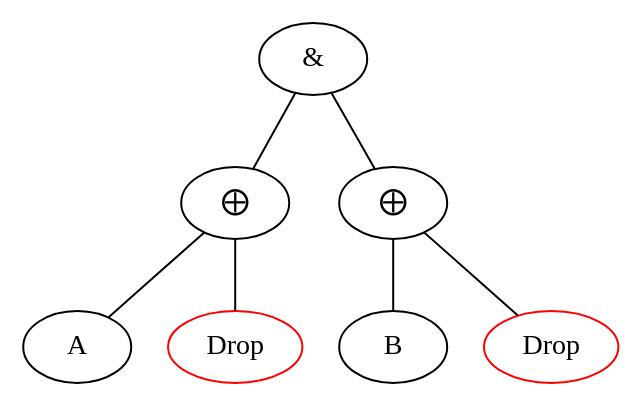
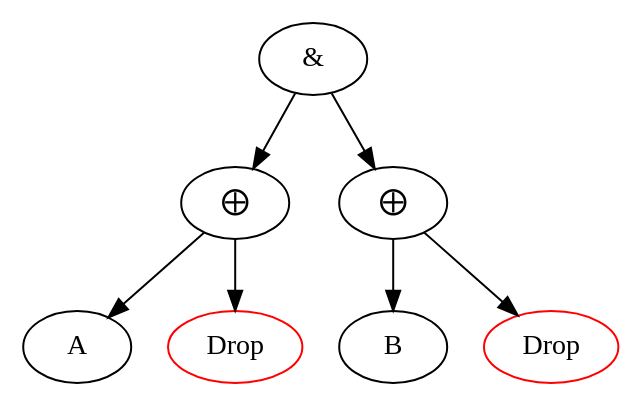
Before and after one commit to floydremmerswaal/probnetkat: the diagram in graphs/par_problem.dot, drawn with Graphviz. The commit also changed 1 other file, not shown here.

Commit message:
change graphs to directed

```diff
--- a/graphs/par_problem.dot
+++ b/graphs/par_problem.dot
@@ -1,31 +1,31 @@
-graph {
+digraph {
 
     # To refactor nodes, place the cursor left to a node name
-    a -- b
-    a -- c;
-    b -- d
-    b -- e
-    c -- f
-    c -- g
+    a -> b
+    a -> c;
+    b -> d
+    b -> e
+    c -> f
+    c -> g
 
     a[label="&"];
     b[label="⨁"];
     c[label="⨁"];
     d[label="A"];
     e[label="Drop"];
     f[label="B"];
     g[label="Drop"];
     
 
     # Hover over color names to get a color picker
     // b -- b [color=blue]
     // b -- d [color="#ff0000"];
 
     e [color= red]
     g [color= red]
 
     # Get completion when assigning a shape or color
     // b [shape=box, color=yellow];
 
     a; # You can remove optional ; by placing the cursor left to a semicolon
 }
```
